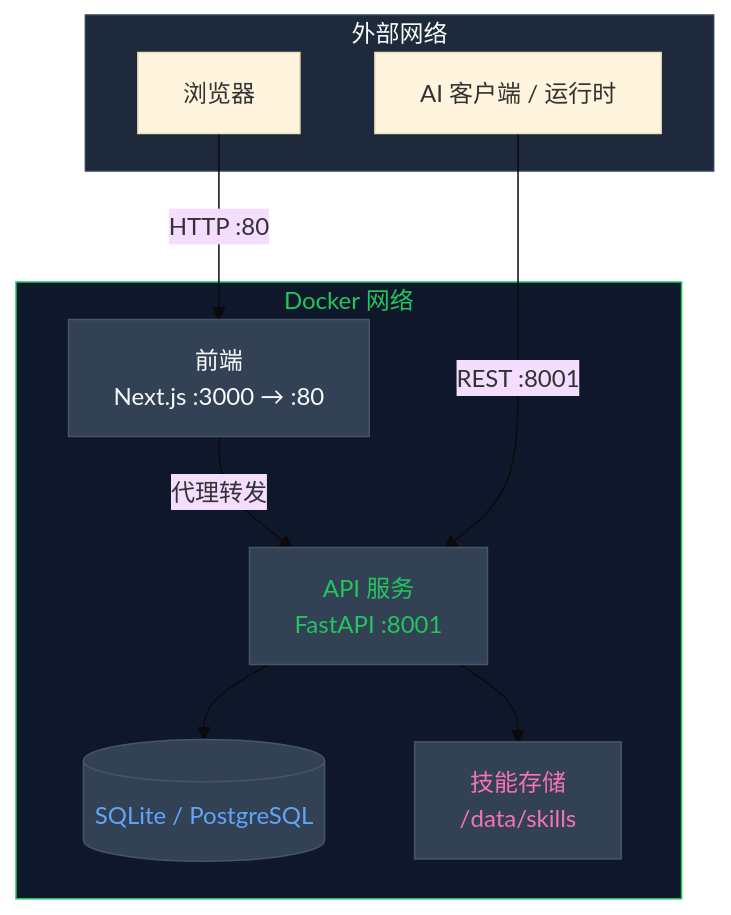
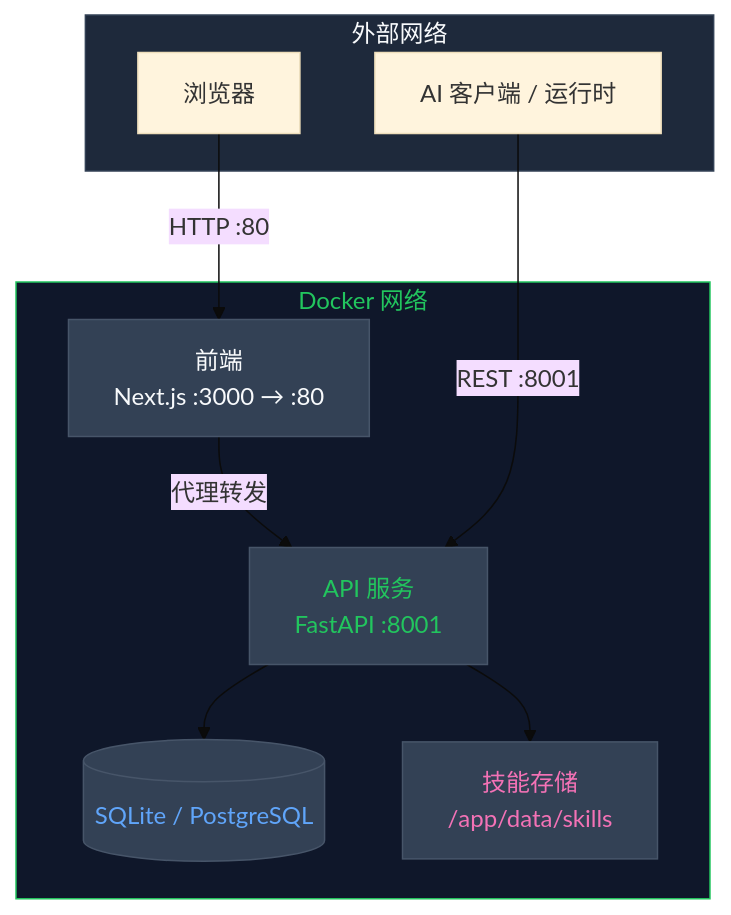
The first of 2 diagrams in README_ZH.md (jiabai/open-skillhub), drawn with Mermaid (base theme) before and after one commit. The commit also changed other lines of this file and 2 other files, not shown here.

Commit message:
docs: 更新存储路径为 /app/data/skills

````diff
--- a/README_ZH.md
+++ b/README_ZH.md
@@ -129,27 +129,27 @@
 ```mermaid
 graph TB
     subgraph External["外部网络"]
         Browser["浏览器"]
         AIAgent["AI 客户端 / 运行时"]
     end
 
     subgraph Docker["Docker 网络"]
         Frontend["前端<br/>Next.js :3000 → :80"]
         API["API 服务<br/>FastAPI :8001"]
         DB[(SQLite / PostgreSQL)]
-        Storage["技能存储<br/>/data/skills"]
+        Storage["技能存储<br/>/app/data/skills"]
     end
 
     Browser -->|HTTP :80| Frontend
     Frontend -->|代理转发| API
     AIAgent -->|REST :8001| API
     API --> DB
     API --> Storage
 
     style External fill:#1e293b,stroke:#334155,color:#f8fafc
     style Docker fill:#0f172a,stroke:#22c55e,color:#22c55e
     style Frontend fill:#334155,stroke:#475569,color:#f8fafc
     style API fill:#334155,stroke:#475569,color:#22c55e
     style DB fill:#334155,stroke:#475569,color:#60a5fa
     style Storage fill:#334155,stroke:#475569,color:#f472b6
 ```
````
